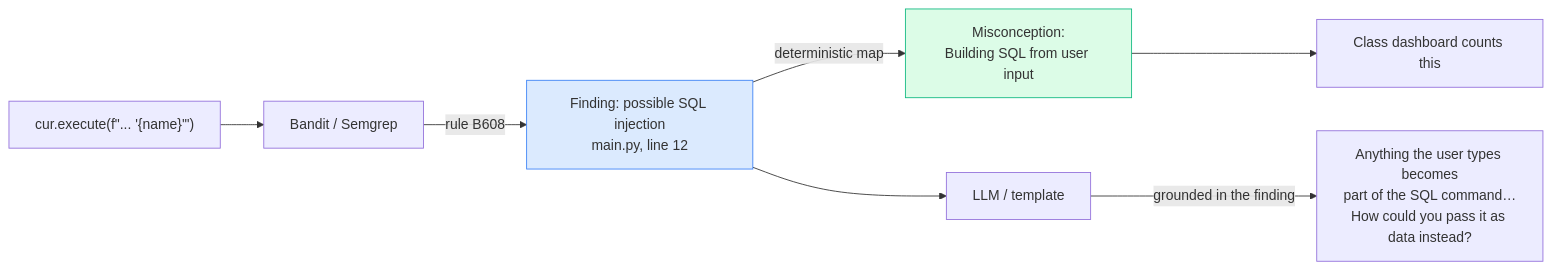
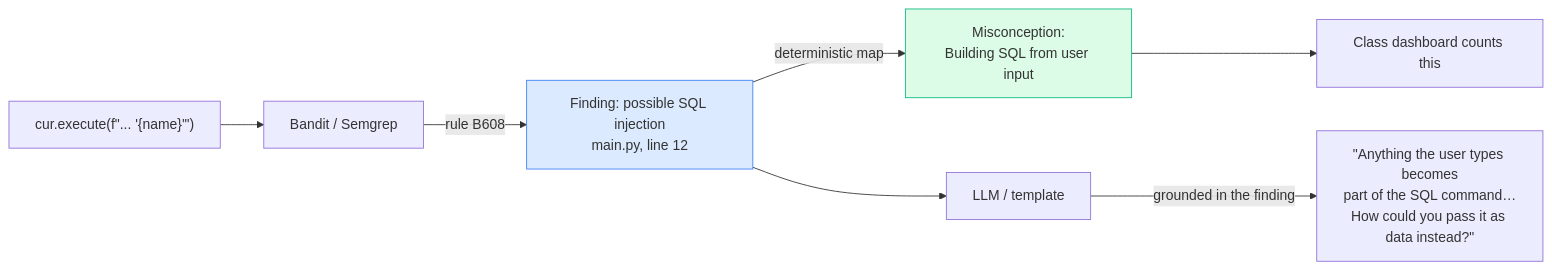
The third of 3 diagrams in README.md (jjsanda/coding-learning-ai-guide), drawn with Mermaid before and after one commit.

Commit message:
docs: fix rendering of the diagram "Deterministic facts, AI explanation" for GitHub

````diff
--- a/README.md
+++ b/README.md
@@ -138,12 +138,12 @@
 ```mermaid
 flowchart LR
-    code["cur.execute(f&quot;... '{name}'&quot;)"] --> analyzer[Bandit / Semgrep]
+    code["cur.execute(f#quot;... '{name}'#quot;)"] --> analyzer[Bandit / Semgrep]
     analyzer -->|"rule B608"| finding[Finding: possible SQL injection<br/>main.py, line 12]
     finding -->|deterministic map| tag[Misconception:<br/>Building SQL from user input]
     tag --> dash[Class dashboard counts this]
     finding --> llm[LLM / template]
-    llm -->|grounded in the finding| explain[&quot;Anything the user types becomes<br/>part of the SQL command…<br/>How could you pass it as data instead?&quot;]
+    llm -->|grounded in the finding| explain["#quot;Anything the user types becomes<br/>part of the SQL command…<br/>How could you pass it as data instead?#quot;"]
 
     style finding fill:#dbeafe,stroke:#3b82f6
     style tag fill:#dcfce7,stroke:#10b981
 ```
````
